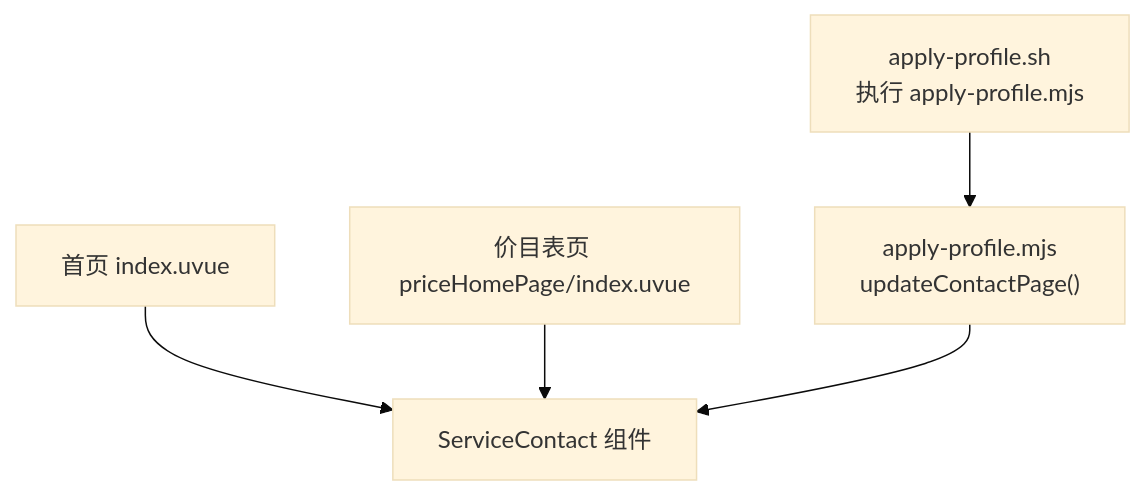
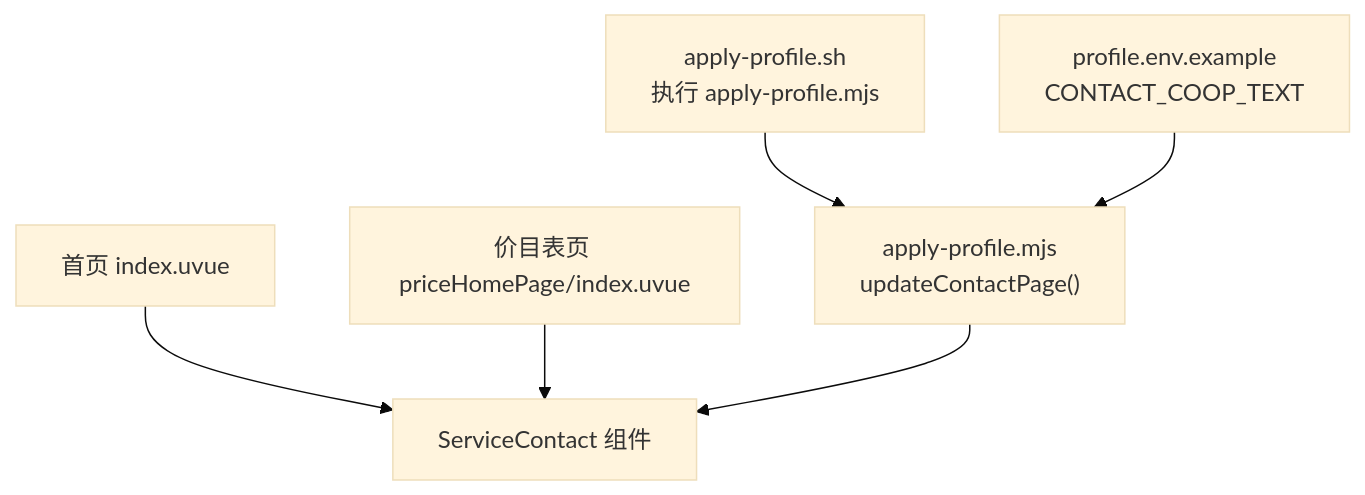
The first of 6 diagrams in .qoder/repowiki/zh/content/UI组件系统/ServiceContact组件.md (crazyma99/blueberry), drawn with Mermaid (base theme) before and after one commit. The commit also changed other lines of this file and 11 other files, not shown here.

````diff
--- a/.qoder/repowiki/zh/content/UI组件系统/ServiceContact组件.md
+++ b/.qoder/repowiki/zh/content/UI组件系统/ServiceContact组件.md
@@ -41,7 +50,8 @@
 ```mermaid
 graph TB
 A["首页 index.uvue"] --> C["ServiceContact 组件"]
 B["价目表页 priceHomePage/index.uvue"] --> C
 D["apply-profile.mjs<br/>updateContactPage()"] --> C
 E["apply-profile.sh<br/>执行 apply-profile.mjs"] --> D
+F["profile.env.example<br/>CONTACT_COOP_TEXT"] --> D
 ```
````
